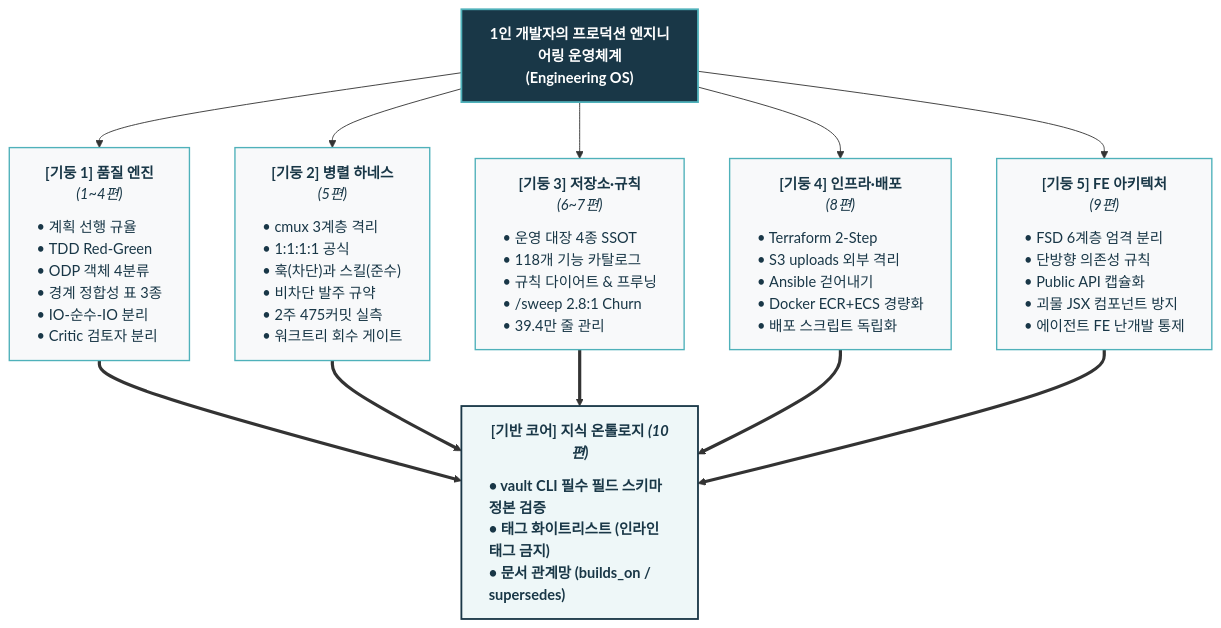
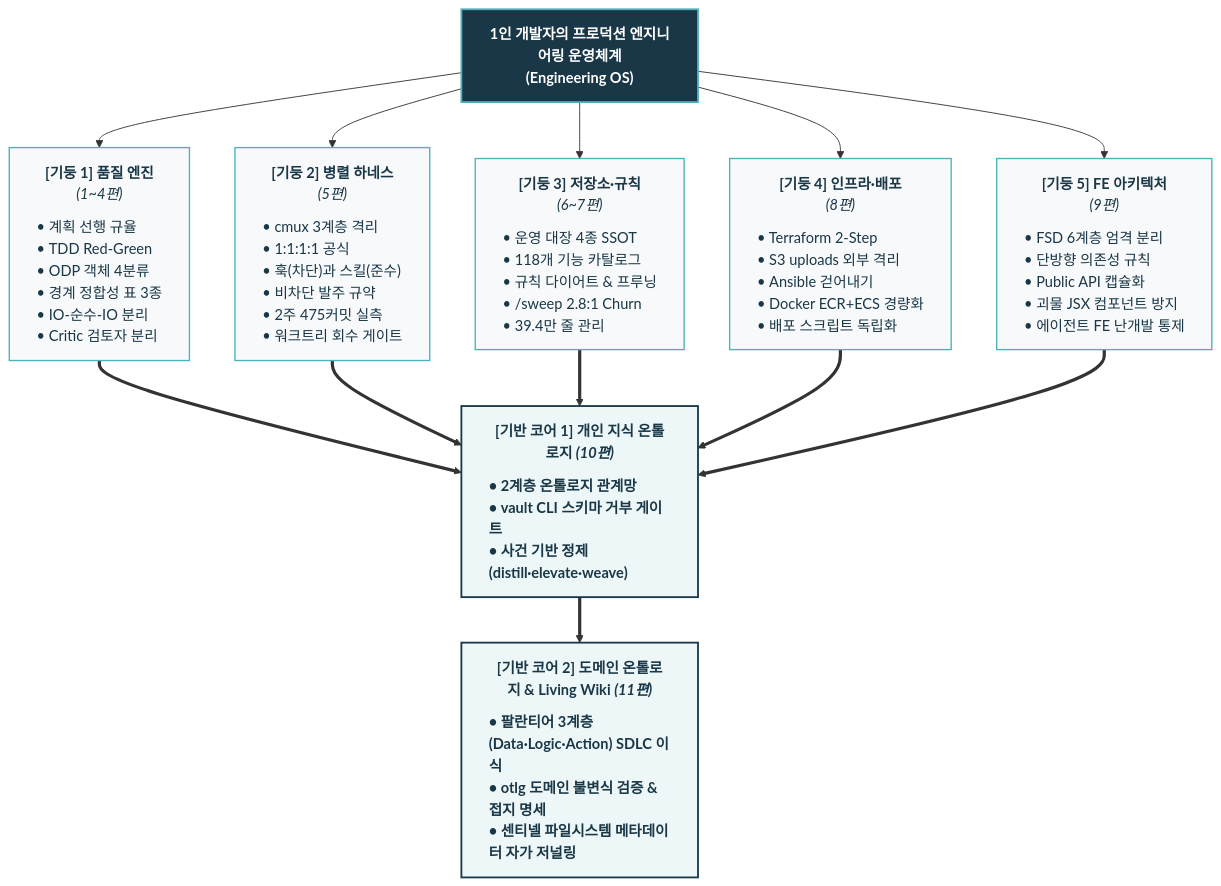
Before and after one commit to tomato-vault/tomato-vault.github.io: the diagram in _posts/tech/ai-agent-architecture/0 1인 개발자는 어떻게 자신만의 운영체계를 만드는가.md, drawn with Mermaid. The commit also changed other lines of this file and 3 other files, not shown here.

Commit message:
Enhance AI Agent Architecture documentation with Living Wiki Engine concept and Palantir ontology integration; add new image asset for visual reference.

````diff
--- a/_posts/tech/ai-agent-architecture/0 1인 개발자는 어떻게 자신만의 운영체계를 만드는가.md
+++ b/_posts/tech/ai-agent-architecture/0 1인 개발자는 어떻게 자신만의 운영체계를 만드는가.md
@@ -69,20 +69,22 @@
 ```mermaid
 flowchart TD
     classDef header fill:#193747,stroke:#4fb1ba,stroke-width:2px,color:#fff,font-weight:bold
     classDef pillar fill:#f8f9fa,stroke:#4fb1ba,stroke-width:1.5px,color:#193747
     classDef base fill:#eef7f8,stroke:#193747,stroke-width:2px,color:#193747,font-weight:bold
 
     CORE["1인 개발자의 프로덕션 엔지니어링 운영체계<br/><b>(Engineering OS)</b>"]:::header
 
     CORE --> P1["<div style='text-align:center;'><b>[기둥 1] 품질 엔진</b><br/><i>(1~4편)</i></div><hr style='margin:6px 0; border:none; border-top:1px solid #cbd5e1;'/><div style='text-align:left; line-height:1.5;'>• 계획 선행 규율<br/>• TDD Red-Green<br/>• ODP 객체 4분류<br/>• 경계 정합성 표 3종<br/>• IO-순수-IO 분리<br/>• Critic 검토자 분리</div>"]:::pillar
     CORE --> P2["<div style='text-align:center;'><b>[기둥 2] 병렬 하네스</b><br/><i>(5편)</i></div><hr style='margin:6px 0; border:none; border-top:1px solid #cbd5e1;'/><div style='text-align:left; line-height:1.5;'>• cmux 3계층 격리<br/>• 1:1:1:1 공식<br/>• 훅(차단)과 스킬(준수)<br/>• 비차단 발주 규약<br/>• 2주 475커밋 실측<br/>• 워크트리 회수 게이트</div>"]:::pillar
     CORE --> P3["<div style='text-align:center;'><b>[기둥 3] 저장소·규칙</b><br/><i>(6~7편)</i></div><hr style='margin:6px 0; border:none; border-top:1px solid #cbd5e1;'/><div style='text-align:left; line-height:1.5;'>• 운영 대장 4종 SSOT<br/>• 118개 기능 카탈로그<br/>• 규칙 다이어트 & 프루닝<br/>• /sweep 2.8:1 Churn<br/>• 39.4만 줄 관리</div>"]:::pillar
     CORE --> P4["<div style='text-align:center;'><b>[기둥 4] 인프라·배포</b><br/><i>(8편)</i></div><hr style='margin:6px 0; border:none; border-top:1px solid #cbd5e1;'/><div style='text-align:left; line-height:1.5;'>• Terraform 2-Step<br/>• S3 uploads 외부 격리<br/>• Ansible 걷어내기<br/>• Docker ECR+ECS 경량화<br/>• 배포 스크립트 독립화</div>"]:::pillar
     CORE --> P5["<div style='text-align:center;'><b>[기둥 5] FE 아키텍처</b><br/><i>(9편)</i></div><hr style='margin:6px 0; border:none; border-top:1px solid #cbd5e1;'/><div style='text-align:left; line-height:1.5;'>• FSD 6계층 엄격 분리<br/>• 단방향 의존성 규칙<br/>• Public API 캡슐화<br/>• 괴물 JSX 컴포넌트 방지<br/>• 에이전트 FE 난개발 통제</div>"]:::pillar
 
-    P1 ==> BASE["<div style='text-align:center;'><b>[기반 코어] 지식 온톨로지</b> <i>(10편)</i></div><hr style='margin:6px 0; border:none; border-top:1px solid #cbd5e1;'/><div style='text-align:left; line-height:1.5;'>• vault CLI 필수 필드 스키마 정본 검증<br/>• 태그 화이트리스트 (인라인 태그 금지)<br/>• 문서 관계망 (builds_on / supersedes)</div>"]:::base
-    P2 ==> BASE
-    P3 ==> BASE
-    P4 ==> BASE
-    P5 ==> BASE
+    P1 ==> BASE1["<div style='text-align:center;'><b>[기반 코어 1] 개인 지식 온톨로지</b> <i>(10편)</i></div><hr style='margin:6px 0; border:none; border-top:1px solid #cbd5e1;'/><div style='text-align:left; line-height:1.5;'>• 2계층 온톨로지 관계망<br/>• vault CLI 스키마 거부 게이트<br/>• 사건 기반 정제 (distill·elevate·weave)</div>"]:::base
+    P2 ==> BASE1
+    P3 ==> BASE1
+    P4 ==> BASE1
+    P5 ==> BASE1
+
+    BASE1 ==> BASE2["<div style='text-align:center;'><b>[기반 코어 2] 도메인 온톨로지 & Living Wiki</b> <i>(11편)</i></div><hr style='margin:6px 0; border:none; border-top:1px solid #cbd5e1;'/><div style='text-align:left; line-height:1.5;'>• 팔란티어 3계층 (Data·Logic·Action) SDLC 이식<br/>• otlg 도메인 불변식 검증 & 접지 명세<br/>• 센티넬 파일시스템 메타데이터 자가 저널링</div>"]:::base
 ```
````
